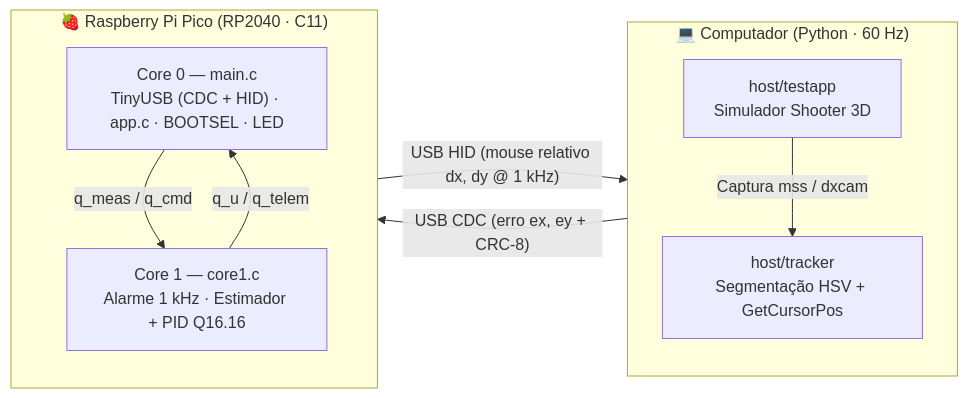
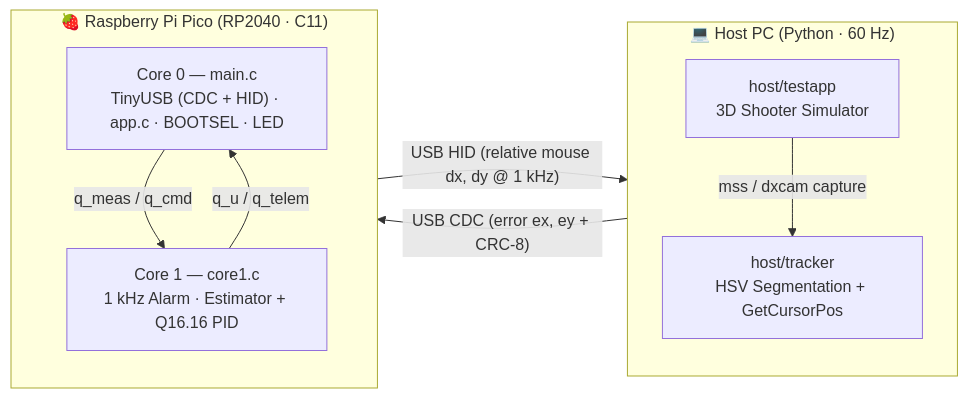
One commit to Paludeto/pico-aim changed the diagram in README.md. Above: the diagram before and after it, drawn with Mermaid. The commit also changed other lines of this file and 2 other files, not shown here.

````diff
--- a/README.md
+++ b/README.md
@@ -53,18 +53,18 @@
 ```mermaid
 flowchart LR
-    subgraph PC ["💻 Computador (Python · 60 Hz)"]
+    subgraph PC ["💻 Host PC (Python · 60 Hz)"]
         direction TB
-        APP["host/testapp<br/>Simulador Shooter 3D"] -->|Captura mss / dxcam| TRK["host/tracker<br/>Segmentação HSV + GetCursorPos"]
+        APP["host/testapp<br/>3D Shooter Simulator"] -->|mss / dxcam capture| TRK["host/tracker<br/>HSV Segmentation + GetCursorPos"]
     end
 
     subgraph PICO ["🍓 Raspberry Pi Pico (RP2040 · C11)"]
         direction TB
         C0["Core 0 — main.c<br/>TinyUSB (CDC + HID) · app.c · BOOTSEL · LED"]
-        C1["Core 1 — core1.c<br/>Alarme 1 kHz · Estimador + PID Q16.16"]
+        C1["Core 1 — core1.c<br/>1 kHz Alarm · Estimator + Q16.16 PID"]
         C0 -->|q_meas / q_cmd| C1
         C1 -->|q_u / q_telem| C0
     end
 
-    TRK -->|"USB CDC (erro ex, ey + CRC-8)"| C0
-    C0 -->|"USB HID (mouse relativo dx, dy @ 1 kHz)"| APP
+    TRK -->|"USB CDC (error ex, ey + CRC-8)"| C0
+    C0 -->|"USB HID (relative mouse dx, dy @ 1 kHz)"| APP
 ```
````
